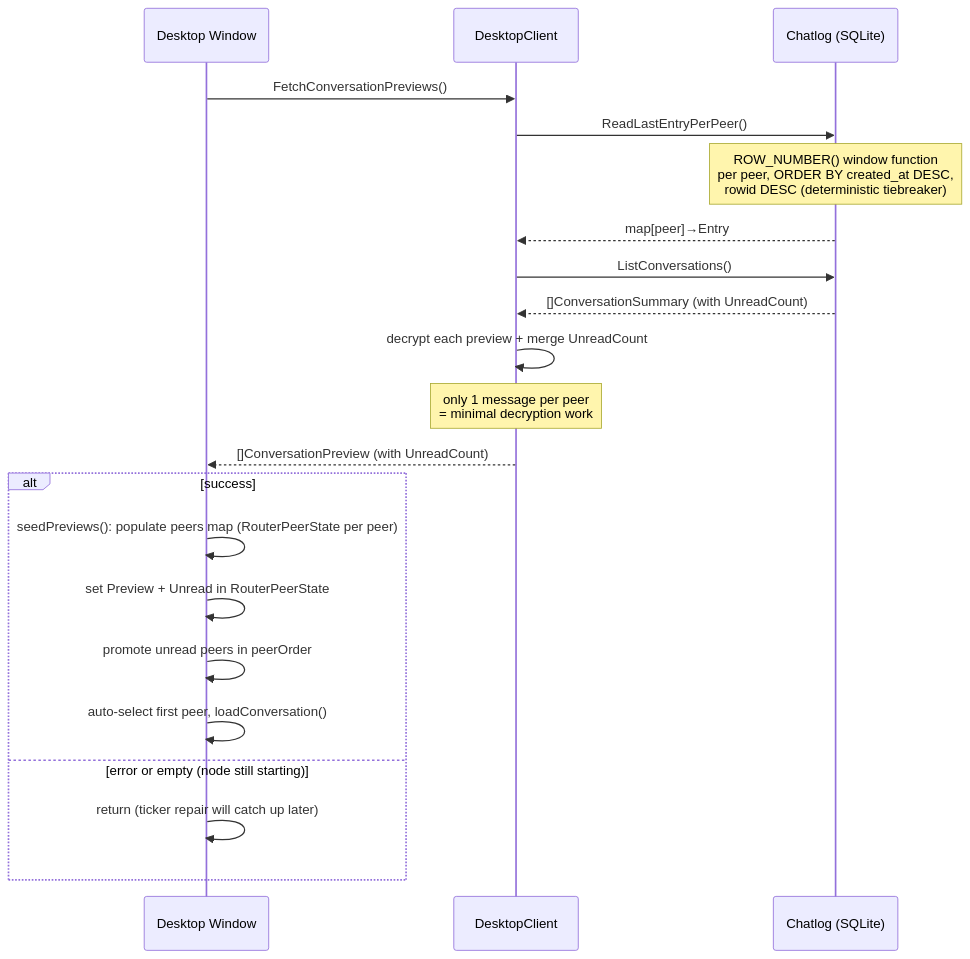
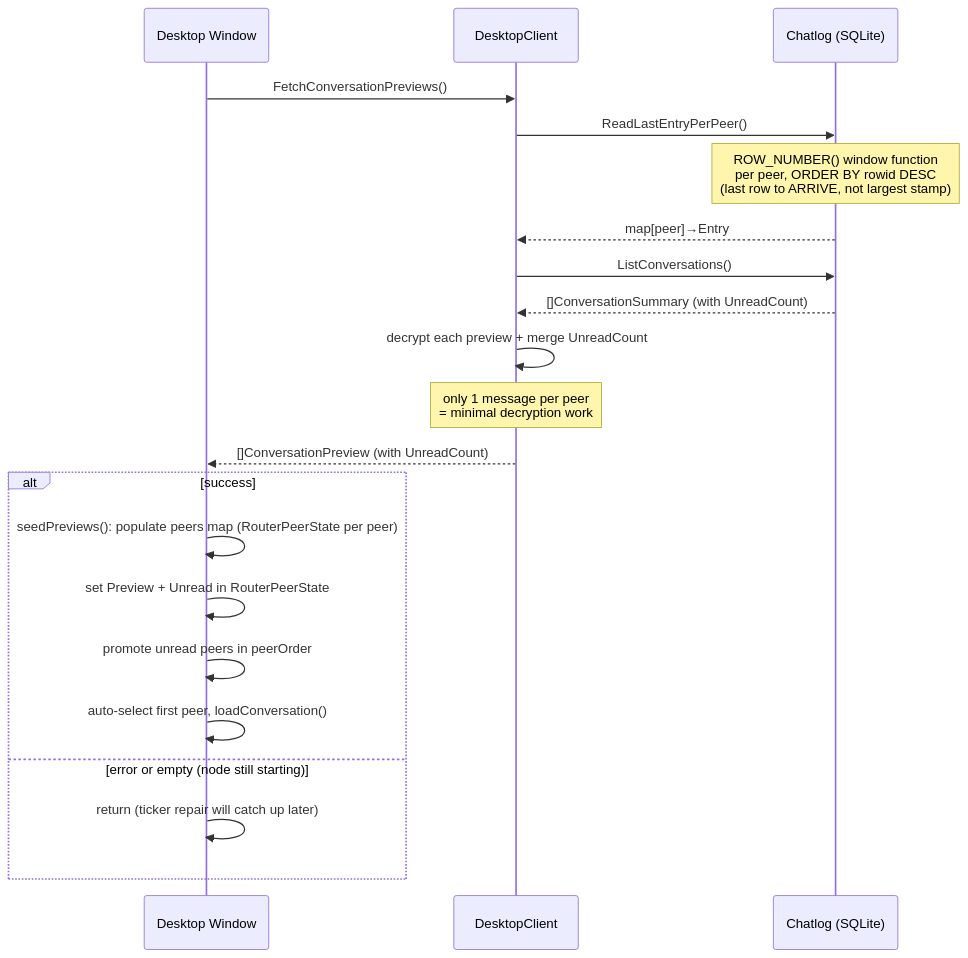
One commit to piratecash/corsa changed the sixth of 16 diagrams in docs/chatlog.md. Above: the diagram before and after it, drawn with Mermaid. The commit also changed other lines of this file and 19 other files, not shown here.

````diff
--- a/docs/chatlog.md
+++ b/docs/chatlog.md
@@ -164,24 +164,24 @@
 ```mermaid
 sequenceDiagram
     participant UI as Desktop Window
     participant SVC as DesktopClient
     participant LOG as Chatlog (SQLite)
 
     UI->>SVC: FetchConversationPreviews()
     SVC->>LOG: ReadLastEntryPerPeer()
-    Note over LOG: ROW_NUMBER() window function<br/>per peer, ORDER BY created_at DESC,<br/>rowid DESC (deterministic tiebreaker)
+    Note over LOG: ROW_NUMBER() window function<br/>per peer, ORDER BY rowid DESC<br/>(last row to ARRIVE, not largest stamp)
     LOG-->>SVC: map[peer]→Entry
     SVC->>LOG: ListConversations()
     LOG-->>SVC: []ConversationSummary (with UnreadCount)
     SVC->>SVC: decrypt each preview + merge UnreadCount
     Note over SVC: only 1 message per peer<br/>= minimal decryption work
     SVC-->>UI: []ConversationPreview (with UnreadCount)
     alt success
         UI->>UI: seedPreviews(): populate peers map (RouterPeerState per peer)
         UI->>UI: set Preview + Unread in RouterPeerState
         UI->>UI: promote unread peers in peerOrder
         UI->>UI: auto-select first peer, loadConversation()
     else error or empty (node still starting)
         UI->>UI: return (ticker repair will catch up later)
     end
 ```
````
